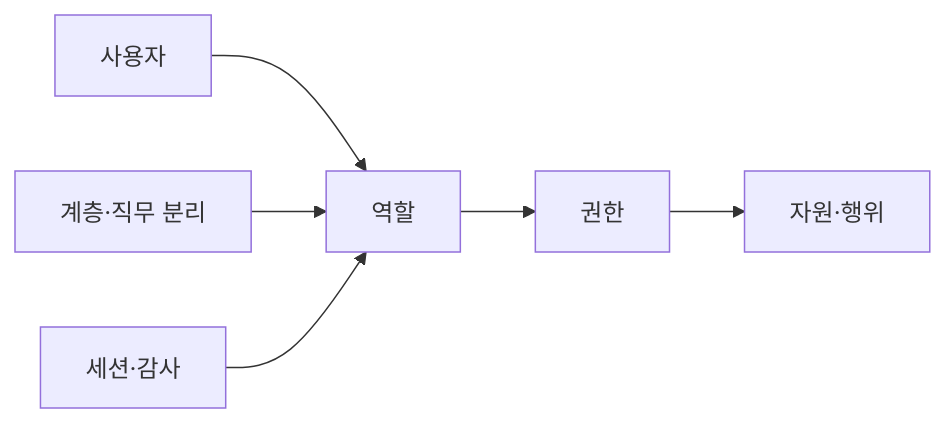
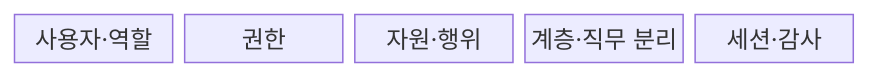
One commit to agnusdei1207/knowledge-base changed the first of 2 diagrams in src/content/docs/notes/05-security/059_rbac.md. Above: the diagram before and after it, drawn with Mermaid. The commit also changed other lines of this file and 11 other files, not shown here.

````diff
--- a/src/content/docs/notes/05-security/059_rbac.md
+++ b/src/content/docs/notes/05-security/059_rbac.md
@@ -57,8 +59,9 @@
 ```mermaid
-flowchart LR
-    A[사용자] --> B[역할]
-    B --> C[권한]
-    C --> D[자원·행위]
-    E[계층·직무 분리] --> B
-    F[세션·감사] --> B
+block-beta
+  columns 5
+  A["사용자·역할"]
+  B["권한"]
+  C["자원·행위"]
+  D["계층·직무 분리"]
+  E["세션·감사"]
 ```
````
